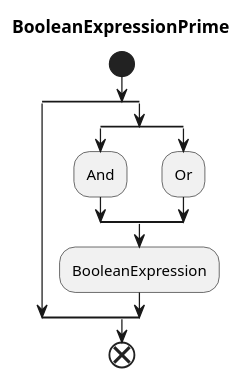
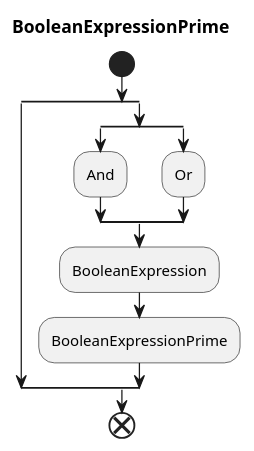
One commit to lichterberci/rust_learning changed the fourth of 4 diagrams in dbms/query_lang_compiler_notes.md. Above: the diagram before and after it, drawn with PlantUML. The commit also changed other lines of this file and 2 other files, not shown here.

Commit message:
boolean expression checks are correct now ^^)

````diff
--- a/dbms/query_lang_compiler_notes.md
+++ b/dbms/query_lang_compiler_notes.md
@@ -206,16 +194,17 @@
 ```plantuml
 @startuml boolean expression prime
 title BooleanExpressionPrime
 start
 split
 split again
 split
 :And;
 split again
 :Or;
 end split
 :BooleanExpression;
+:BooleanExpressionPrime;
 end split
 end
 @enduml
 ```
````
